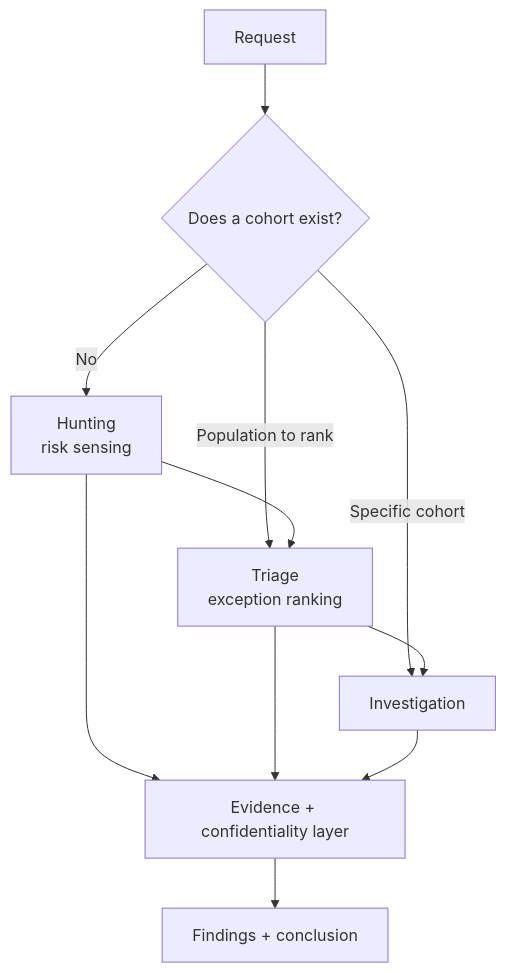
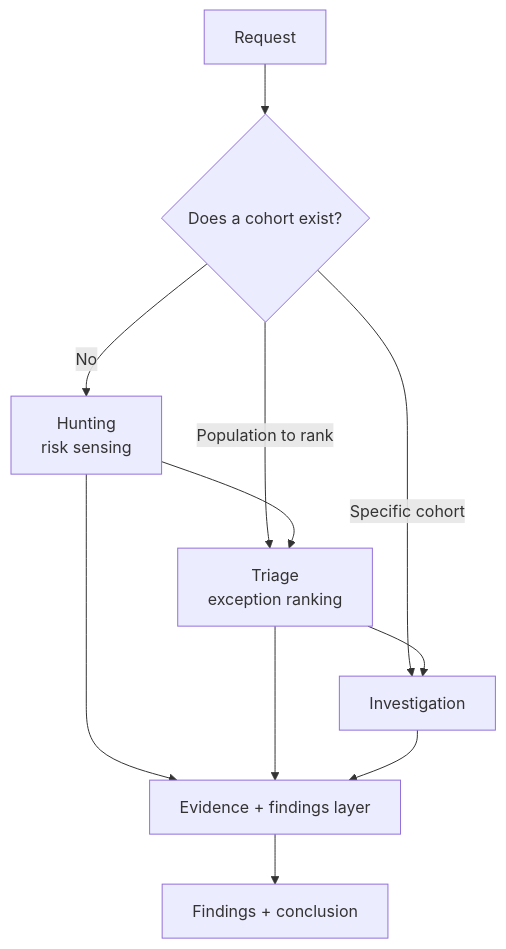
One commit to ducle2502/evidence-triage changed the diagram in docs/ARCHITECTURE.md. Above: the diagram before and after it, drawn with Mermaid. The commit also changed other lines of this file and 13 other files, not shown here.

````diff
--- a/docs/ARCHITECTURE.md
+++ b/docs/ARCHITECTURE.md
@@ -33,16 +33,16 @@
 ```mermaid
 flowchart TD
     accTitle: Evidence Triage Routing
     accDescr: A request is classified into hunting, triage, or investigation, then documented with audit evidence and findings.
 
     request["Request"] --> classify{"Does a cohort exist?"}
     classify -->|"No"| hunting["Hunting<br/>risk sensing"]
     classify -->|"Population to rank"| triage["Triage<br/>exception ranking"]
     classify -->|"Specific cohort"| investigation["Investigation"]
     hunting --> triage
     triage --> investigation
-    hunting --> evidence["Evidence + confidentiality layer"]
+    hunting --> evidence["Evidence + findings layer"]
     triage --> evidence
     investigation --> evidence
     evidence --> findings["Findings + conclusion"]
 ```
````
